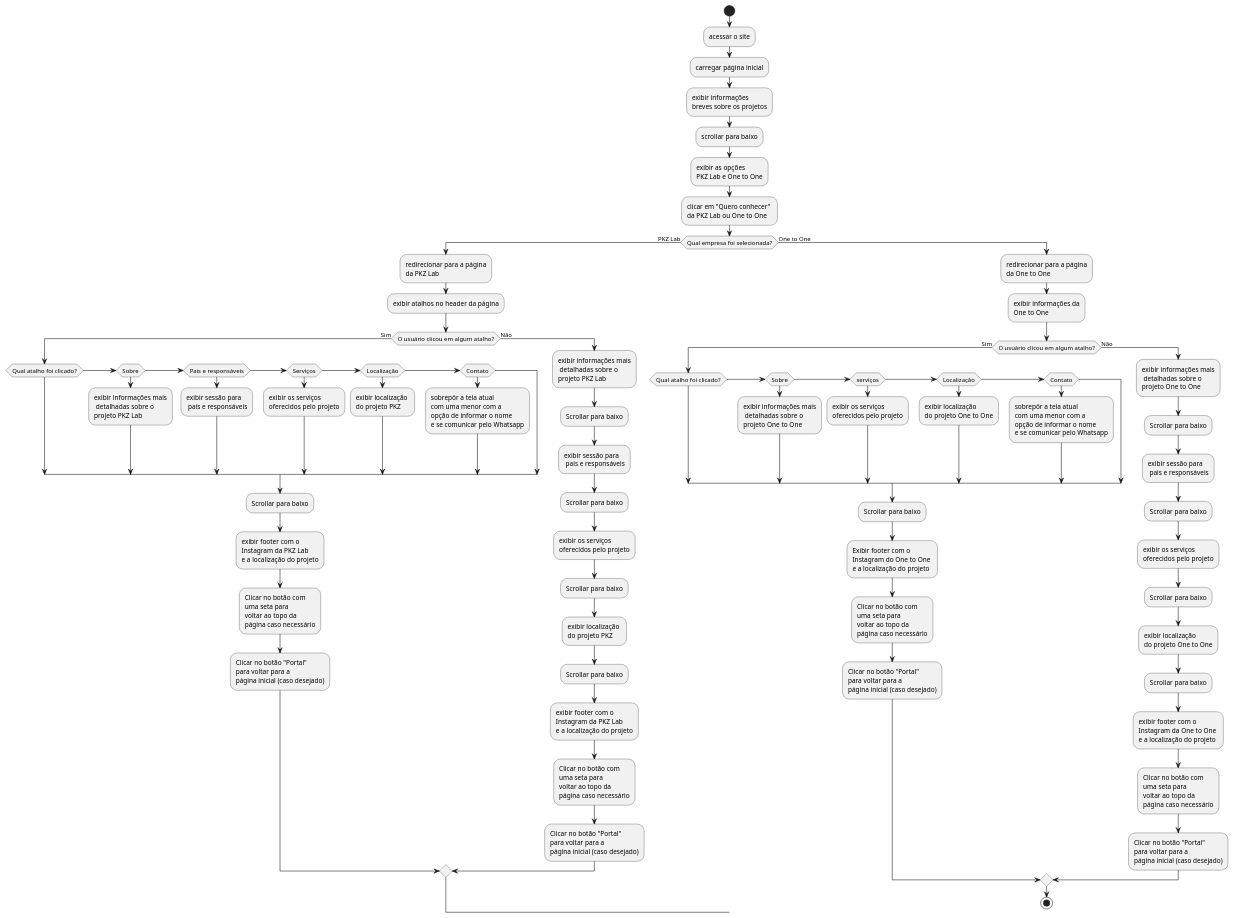
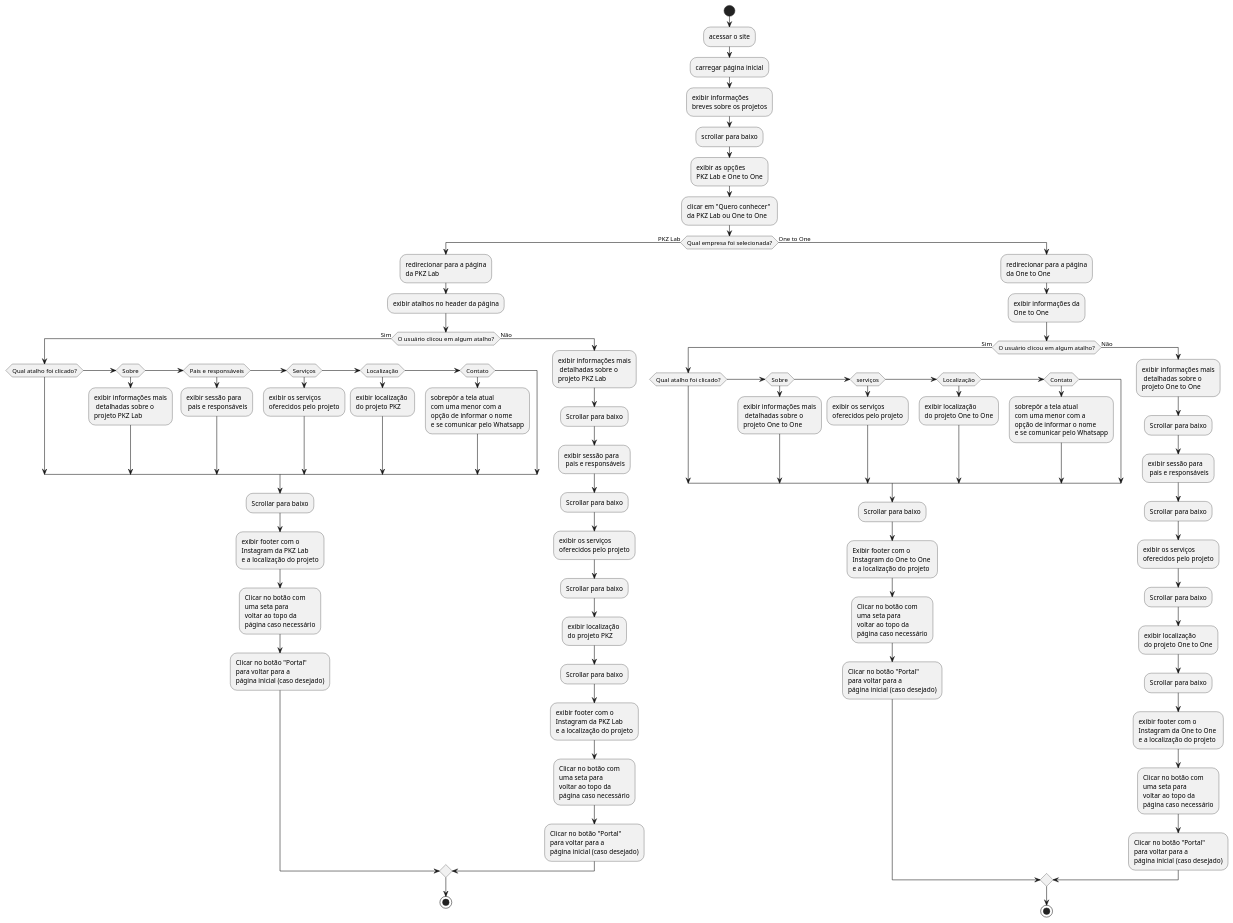
Before and after one commit to enzotrotto-ibmec/PFE-2026-2-AP1-Grupo1-terca: the diagram in 05 - AHT/AHT Versão Final.puml, drawn with PlantUML.

Commit message:
refinando aht

```diff
--- a/05 - AHT/AHT Versão Final.puml
+++ b/05 - AHT/AHT Versão Final.puml
@@ -2,81 +2,83 @@
 @startuml AHT2_PKZ_OneToOne
 start
 
 :acessar o site;
 :carregar página inicial;
 :exibir informações \nbreves sobre os projetos;
 :scrollar para baixo;
 :exibir as opções \nPKZ Lab e One to One;
 :clicar em "Quero conhecer" \nda PKZ Lab ou One to One;
 
 if (Qual empresa foi selecionada?) then (PKZ Lab)
     :redirecionar para a página\nda PKZ Lab;
     :exibir atalhos no header da página;
     if (O usuário clicou em algum atalho?) then (Sim)
         if (Qual atalho foi clicado?) 
         elseif (Sobre)
             :exibir informações mais\n detalhadas sobre o \nprojeto PKZ Lab;
         elseif (Pais e responsáveis)
             :exibir sessão para\n pais e responsáveis;
         elseif (Serviços)
             :exibir os serviços \noferecidos pelo projeto;
         elseif (Localização)
             :exibir localização \ndo projeto PKZ;
         elseif (Contato)
             :sobrepôr a tela atual \ncom uma menor com a \nopção de informar o nome \ne se comunicar pelo Whatsapp;     
         endif 
         :Scrollar para baixo;
         :exibir footer com o \nInstagram da PKZ Lab \ne a localização do projeto;
         :Clicar no botão com \numa seta para \nvoltar ao topo da \npágina caso necessário;
         :Clicar no botão "Portal" \npara voltar para a \npágina inicial (caso desejado);
     
     else (Não)
         :exibir informações mais\n detalhadas sobre o \nprojeto PKZ Lab;
         :Scrollar para baixo;
         :exibir sessão para\n pais e responsáveis;
         :Scrollar para baixo;
         :exibir os serviços \noferecidos pelo projeto;
         :Scrollar para baixo;
         :exibir localização \ndo projeto PKZ;
         :Scrollar para baixo;
         :exibir footer com o \nInstagram da PKZ Lab \ne a localização do projeto;
         :Clicar no botão com \numa seta para \nvoltar ao topo da \npágina caso necessário;
         :Clicar no botão "Portal" \npara voltar para a \npágina inicial (caso desejado);
         endif
 
+stop
 
 else (One to One)
     :redirecionar para a página\nda One to One;
     :exibir informações da\nOne to One;
     if (O usuário clicou em algum atalho?) then (Sim)
         if (Qual atalho foi clicado?) 
         elseif (Sobre)
             :exibir informações mais\n detalhadas sobre o \nprojeto One to One;
         elseif (serviços)
             :exibir os serviços \noferecidos pelo projeto;
         elseif (Localização)
             :exibir localização \ndo projeto One to One;
         elseif (Contato)
             :sobrepôr a tela atual \ncom uma menor com a \nopção de informar o nome \ne se comunicar pelo Whatsapp; 
         endif 
         :Scrollar para baixo;
         :Exibir footer com o \nInstagram do One to One \ne a localização do projeto;
         :Clicar no botão com \numa seta para \nvoltar ao topo da \npágina caso necessário;
-        :Clicar no botão "Portal" \npara voltar para a \npágina inicial (caso desejado);    
+        :Clicar no botão "Portal" \npara voltar para a \npágina inicial (caso desejado);
+             
     else (Não)
         :exibir informações mais\n detalhadas sobre o \nprojeto One to One;
         :Scrollar para baixo;
         :exibir sessão para\n pais e responsáveis;
         :Scrollar para baixo;
         :exibir os serviços \noferecidos pelo projeto;
         :Scrollar para baixo;
         :exibir localização \ndo projeto One to One;
         :Scrollar para baixo;
         :exibir footer com o \nInstagram da One to One \ne a localização do projeto;
         :Clicar no botão com \numa seta para \nvoltar ao topo da \npágina caso necessário;
         :Clicar no botão "Portal" \npara voltar para a \npágina inicial (caso desejado);
 
     endif
 
 stop
 @enduml
```
